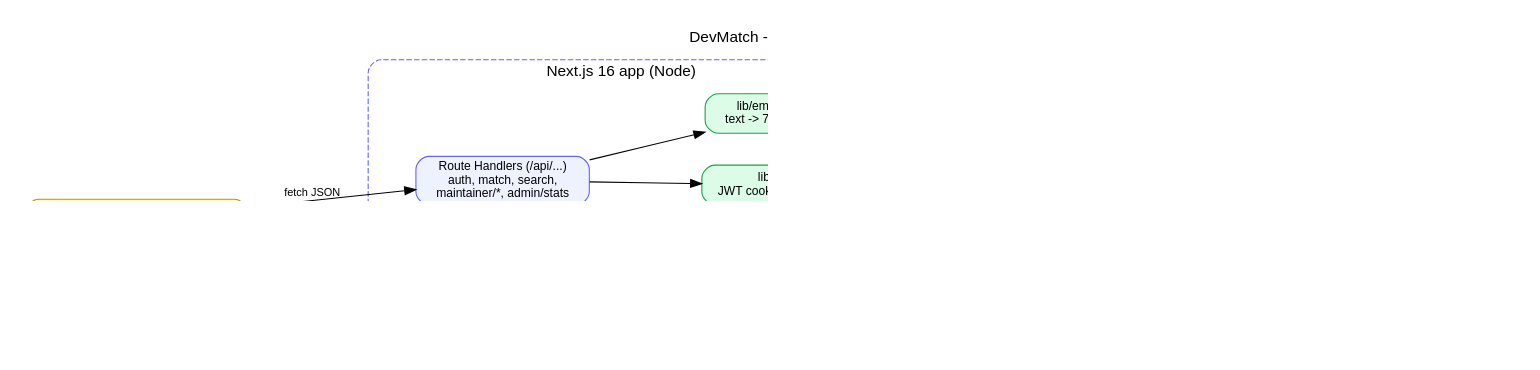
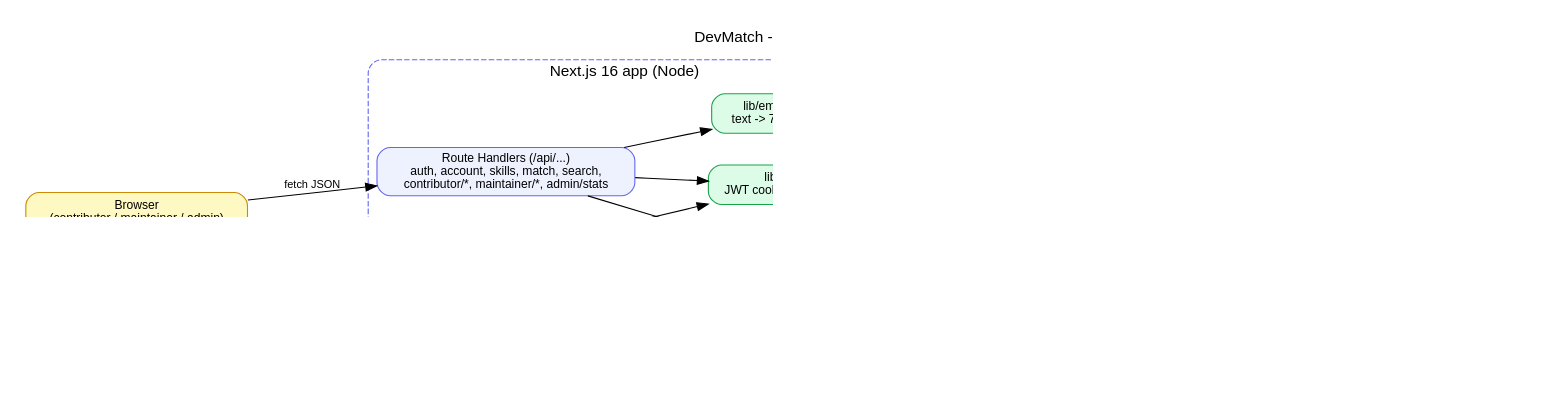
One commit to DevMatrix06/DBMS_MiniProject changed the diagram in docs/architecture.dot. Above: the diagram before and after it, drawn with Graphviz. The commit also changed 40 other files, not shown here.

Commit message:
Docs: objectives, requirements, updated ER diagram and schema, testing results, 23 screenshots, demo and viva guide

```diff
--- a/docs/architecture.dot
+++ b/docs/architecture.dot
@@ -1,30 +1,30 @@
 digraph ARCH {
   graph [rankdir=LR, fontname="Helvetica", nodesep=0.4, ranksep=0.9, pad=0.3, dpi=150, labelloc=t, label="DevMatch - System Architecture"];
   node  [shape=box, style="rounded,filled", fontname="Helvetica", fontsize=11, fillcolor="#eef2ff", color="#6366f1"];
   edge  [fontname="Helvetica", fontsize=10];
 
   browser [label="Browser\n(contributor / maintainer / admin)", fillcolor="#fef9c3", color="#ca8a04"];
   subgraph cluster_next {
     label="Next.js 16 app (Node)"; style="rounded,dashed"; color="#6366f1"; fontname="Helvetica";
-    pages  [label="Pages (React Server Components)\n/login /dashboard /maintainer/* /admin"];
-    api    [label="Route Handlers (/api/...)\nauth, match, search,\nmaintainer/*, admin/stats"];
+    pages  [label="Pages (React Server Components)\n/login /signup /dashboard /account\n/contributor/* /maintainer/* /admin"];
+    api    [label="Route Handlers (/api/...)\nauth, account, skills, match, search,\ncontributor/*, maintainer/*, admin/stats"];
     auth   [label="lib/auth.ts\nJWT cookie + role check", fillcolor="#dcfce7", color="#16a34a"];
     emb    [label="lib/embeddings.ts\ntext -> 768-dim vector", fillcolor="#dcfce7", color="#16a34a"];
     pool   [label="lib/db.ts\npg connection pool", fillcolor="#dcfce7", color="#16a34a"];
   }
   gemini [label="Gemini Embedding API\ngemini-embedding-001", fillcolor="#fce7f3", color="#db2777"];
   subgraph cluster_db {
     label="PostgreSQL 16 + pgvector (Docker)"; style="rounded,dashed"; color="#0f766e"; fontname="Helvetica";
-    tables [label="Tables\nusers, contributors, skills,\nrepositories, issues, applications ...", fillcolor="#ccfbf1", color="#0f766e"];
-    logic  [label="Triggers / functions\ntrg_issue_status_log\nmatch_issues()", fillcolor="#ccfbf1", color="#0f766e"];
+    tables [label="Tables\nusers, contributors, skills,\nrepositories, issues, applications,\nissue_status_log, login_attempts ...", fillcolor="#ccfbf1", color="#0f766e"];
+    logic  [label="Triggers / functions\ntrg_issue_status_log\ntrg_application_rules\ntrg_reject_pending_on_close\nmatch_issues(), hybrid_search()", fillcolor="#ccfbf1", color="#0f766e"];
     views  [label="Views\nv_open_issues, v_skill_demand,\nv_repo_stats", fillcolor="#ccfbf1", color="#0f766e"];
-    idx    [label="Indexes\nHNSW (cosine), GIN (full text)", fillcolor="#ccfbf1", color="#0f766e"];
+    idx    [label="Indexes\nHNSW (cosine), GIN (full text),\nB-tree (filters, FKs)", fillcolor="#ccfbf1", color="#0f766e"];
   }
 
   browser -> pages [label="HTTP"];
   browser -> api   [label="fetch JSON"];
   pages -> pool; api -> auth; api -> emb; api -> pool; pages -> auth;
   emb -> gemini [label="HTTPS"];
   pool -> tables [label="parameterised SQL"];
   tables -> logic; tables -> views; tables -> idx;
 }
```
